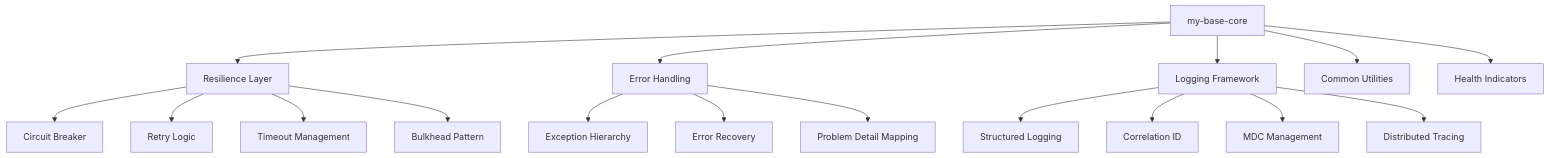
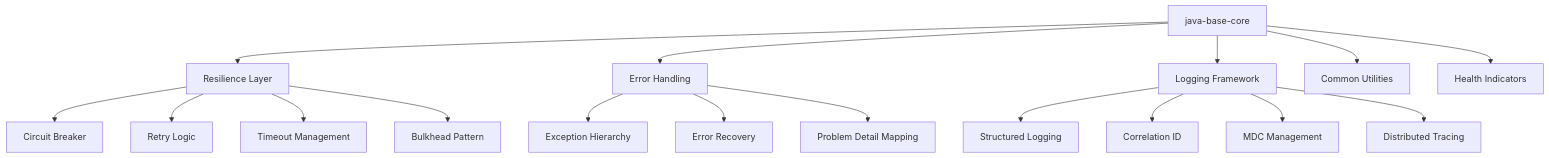
Before and after one commit to tmshoangnam/code-base-java: the diagram in plan/plan-my-base-core.md, drawn with Mermaid. The commit also changed other lines of this file and 114 other files, not shown here.

````diff
--- a/plan/plan-my-base-core.md
+++ b/plan/plan-my-base-core.md
@@ -23,22 +23,22 @@
 ```mermaid
 graph TB
-  A[my-base-core] --> B[Resilience Layer]
+  A[java-base-core] --> B[Resilience Layer]
   A --> C[Error Handling]
   A --> D[Logging Framework]
   A --> E[Common Utilities]
   A --> F[Health Indicators]
   
   B --> B1[Circuit Breaker]
   B --> B2[Retry Logic]
   B --> B3[Timeout Management]
   B --> B4[Bulkhead Pattern]
   
   C --> C1[Exception Hierarchy]
   C --> C2[Error Recovery]
   C --> C3[Problem Detail Mapping]
   
   D --> D1[Structured Logging]
   D --> D2[Correlation ID]
   D --> D3[MDC Management]
   D --> D4[Distributed Tracing]
 ```
````
